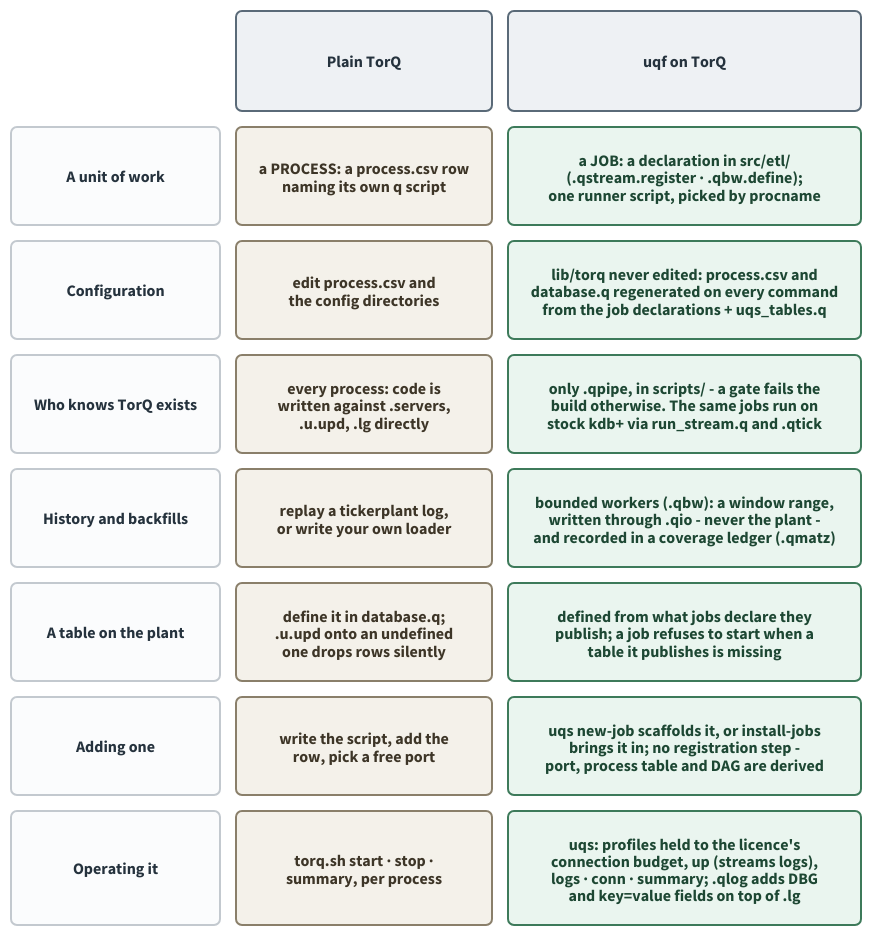
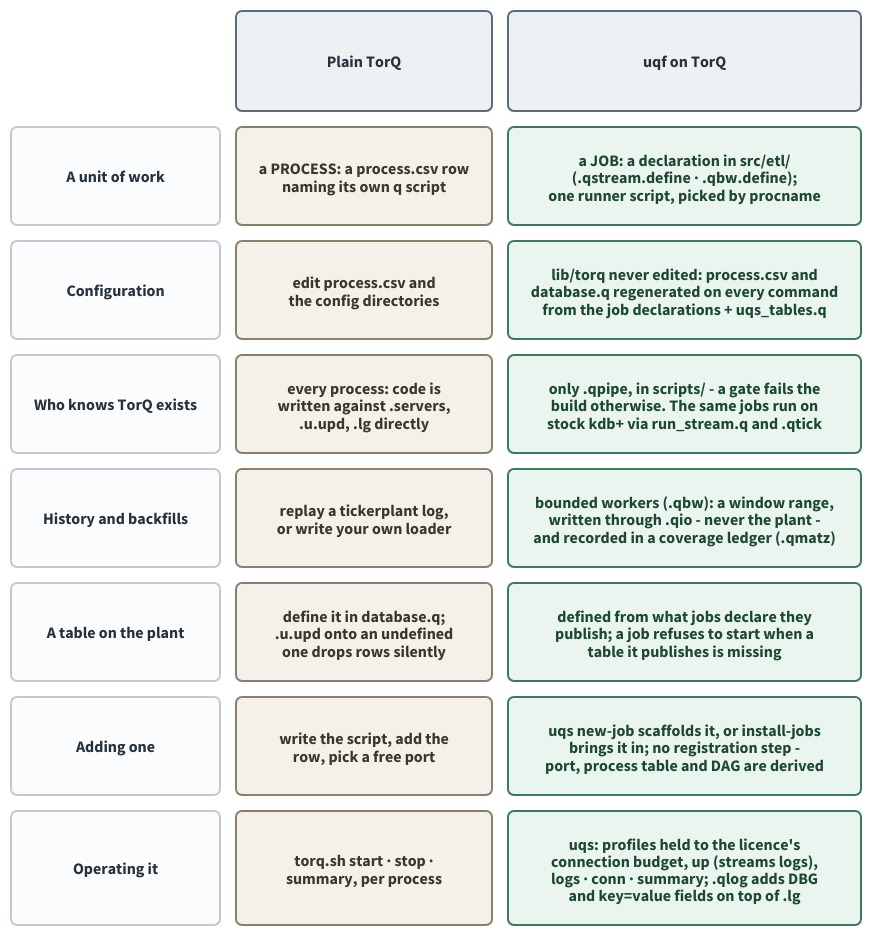
The diagram in docs/diagrams/torq-vs-uqf.d2 (kwojdalski/uqf), drawn with D2 before and after one commit. The commit also changed 74 other files, not shown here.

```diff
--- a/docs/diagrams/torq-vs-uqf.d2
+++ b/docs/diagrams/torq-vs-uqf.d2
@@ -1,103 +1,103 @@
 # torq-vs-uqf.d2 - what uqf changes about running TorQ, row by row.
 #
 # Rendered by scripts/generate/render_diagrams.py, which CI runs with
 # --check. Embedded from docs/presentation/uqf.qmd.
 #
 # WHAT THIS IS FOR. The one-slide answer to "how is this different from
 # TorQ": the same seven questions asked of a plain TorQ Finance Starter Pack
 # deployment and of uqf running on it. TorQ is not replaced - stp1, the
 # RDB/WDB/HDB, discovery and the gateway are TorQ's, unmodified - so every
 # row is about what sits AROUND those processes, not instead of them.
 #
 # Each uqf cell names the thing that implements it, so a reader can go and
 # open it. Each TorQ cell says what TorQ itself provides, checked against
 # lib/torq: a process is a process.csv row naming its own script under
 # ${KDBCODE}/processes/, and its log levels are ERROR/ERR/INF/WARN.
 #
 # ON COLOUR. The palette of repo-overview.d2: light fills with dark text in
 # both themes, since d2 applies explicit styles over a --dark-theme pairing
 # (d2lang/d2#831).
 
 grid-rows: 8
 grid-columns: 3
 grid-gap: 16
 
 vars: {
   d2-config: {
     pad: 40
   }
 }
 
 classes: {
   head: {
     style: {
       fill: "#eef1f4"
       stroke: "#5a6a78"
       font-color: "#25323d"
       border-radius: 6
       bold: true
     }
   }
   aspect: {
     style: {
       fill: "#fbfcfd"
       stroke: "#c3c9cf"
       font-color: "#25323d"
       border-radius: 6
       bold: true
     }
   }
   torq: {
     style: {
       fill: "#f4f1ea"
       stroke: "#8a7f6a"
       font-color: "#3d3527"
       border-radius: 6
     }
   }
   uqf: {
     style: {
       fill: "#eaf5ef"
       stroke: "#3d7a5a"
       font-color: "#1d4733"
       border-radius: 6
     }
   }
 }
 
 # LAYOUT. grid-rows comes before grid-columns on purpose: in d2 0.9.0 the
 # first one declared sets the fill direction, and with grid-columns alone
 # d2 balances column heights instead of aligning rows. So the grid fills
 # row by row, and each group of three below is one row.
 
 h0: "" { class: aspect; style.fill: transparent; style.stroke: transparent }
 h1: "Plain TorQ" { class: head }
 h2: "uqf on TorQ" { class: head }
 
 a1: "A unit of work" { class: aspect }
 t1: "a PROCESS: a process.csv row\nnaming its own q script" { class: torq }
-u1: "a JOB: a declaration in src/etl/\n(.qstream.register · .qbw.define);\none runner script, picked by procname" { class: uqf }
+u1: "a JOB: a declaration in src/etl/\n(.qstream.define · .qbw.define);\none runner script, picked by procname" { class: uqf }
 
 a2: "Configuration" { class: aspect }
 t2: "edit process.csv and\nthe config directories" { class: torq }
 u2: "lib/torq never edited: process.csv and\ndatabase.q regenerated on every command\nfrom the job declarations + uqs_tables.q" { class: uqf }
 
 a3: "Who knows TorQ exists" { class: aspect }
 t3: "every process: code is\nwritten against .servers,\n.u.upd, .lg directly" { class: torq }
 u3: "only .qpipe, in scripts/ - a gate fails the\nbuild otherwise. The same jobs run on\nstock kdb+ via run_stream.q and .qtick" { class: uqf }
 
 a4: "History and backfills" { class: aspect }
 t4: "replay a tickerplant log,\nor write your own loader" { class: torq }
 u4: "bounded workers (.qbw): a window range,\nwritten through .qio - never the plant -\nand recorded in a coverage ledger (.qmatz)" { class: uqf }
 
 a5: "A table on the plant" { class: aspect }
 t5: "define it in database.q;\n.u.upd onto an undefined\none drops rows silently" { class: torq }
 u5: "defined from what jobs declare they\npublish; a job refuses to start when a\ntable it publishes is missing" { class: uqf }
 
 a6: "Adding one" { class: aspect }
 t6: "write the script, add the\nrow, pick a free port" { class: torq }
 u6: "uqs new-job scaffolds it, or install-jobs\nbrings it in; no registration step -\nport, process table and DAG are derived" { class: uqf }
 
 a7: "Operating it" { class: aspect }
 t7: "torq.sh start · stop ·\nsummary, per process" { class: torq }
 u7: "uqs: profiles held to the licence's\nconnection budget, up (streams logs),\nlogs · conn · summary; .qlog adds DBG\nand key=value fields on top of .lg" { class: uqf }
```
